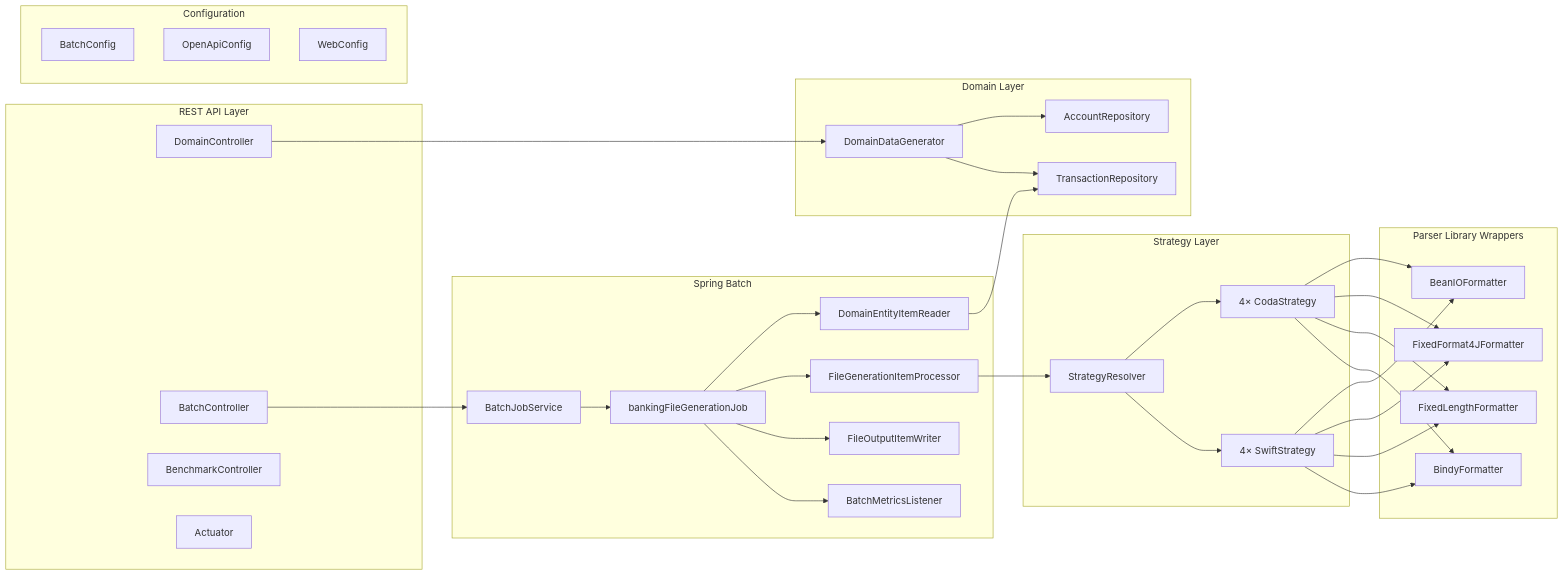
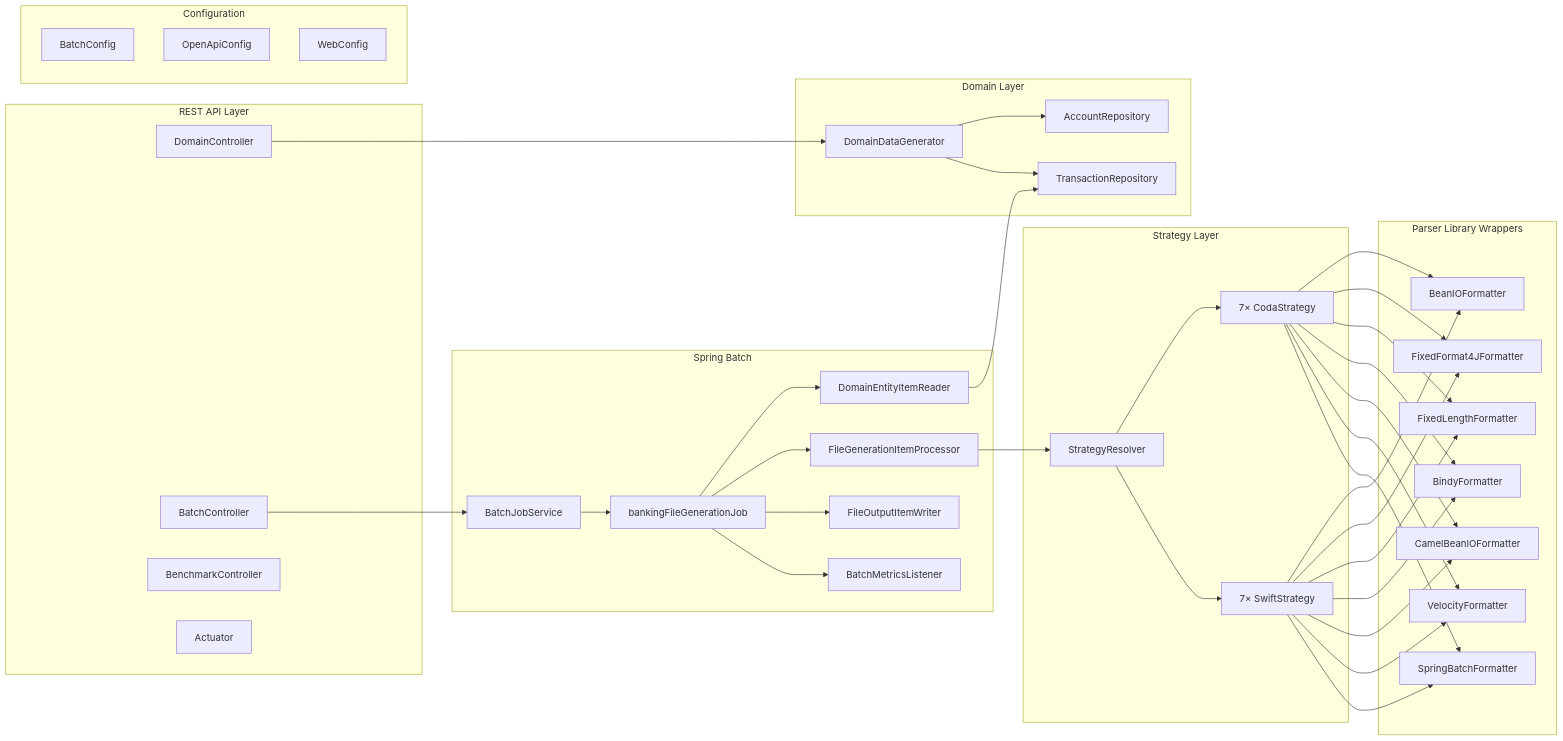
The diagram in docs/diagrams/component-diagram.mmd (wallaceespindola/fixed-length-converters), drawn with Mermaid before and after one commit. The commit also changed 13 other files, not shown here.

Commit message:
docs: align all documentation and diagrams with 7 libraries / 14 strategies / 28 benchmarks

```diff
--- a/docs/diagrams/component-diagram.mmd
+++ b/docs/diagrams/component-diagram.mmd
@@ -1,58 +1,67 @@
 graph LR
     subgraph API["REST API Layer"]
         DC[DomainController]
         BC[BatchController]
         BNC[BenchmarkController]
         ACT[Actuator]
     end
     subgraph Batch["Spring Batch"]
         JS[BatchJobService]
         JOB[bankingFileGenerationJob]
         IR[DomainEntityItemReader]
         IP[FileGenerationItemProcessor]
         IW[FileOutputItemWriter]
         BML[BatchMetricsListener]
     end
     subgraph Strategy["Strategy Layer"]
         SR[StrategyResolver]
-        CS["4× CodaStrategy"]
-        SS["4× SwiftStrategy"]
+        CS["7× CodaStrategy"]
+        SS["7× SwiftStrategy"]
     end
     subgraph Parser["Parser Library Wrappers"]
         BIO[BeanIOFormatter]
         FF4J[FixedFormat4JFormatter]
         VL[FixedLengthFormatter]
         BINDY[BindyFormatter]
+        CBIO[CamelBeanIOFormatter]
+        VEL[VelocityFormatter]
+        SBF[SpringBatchFormatter]
     end
     subgraph Domain["Domain Layer"]
         DDG[DomainDataGenerator]
         AR[AccountRepository]
         TR[TransactionRepository]
     end
     subgraph Config["Configuration"]
         BCFG[BatchConfig]
         OAC[OpenApiConfig]
         WC[WebConfig]
     end
 
     DC --> DDG
     BC --> JS
     JS --> JOB
     JOB --> IR
     JOB --> IP
     JOB --> IW
     JOB --> BML
     IP --> SR
     SR --> CS
     SR --> SS
     CS --> BIO
     CS --> FF4J
     CS --> VL
     CS --> BINDY
+    CS --> CBIO
+    CS --> VEL
+    CS --> SBF
     SS --> BIO
     SS --> FF4J
     SS --> VL
     SS --> BINDY
+    SS --> CBIO
+    SS --> VEL
+    SS --> SBF
     IR --> TR
     DDG --> AR
     DDG --> TR
```
